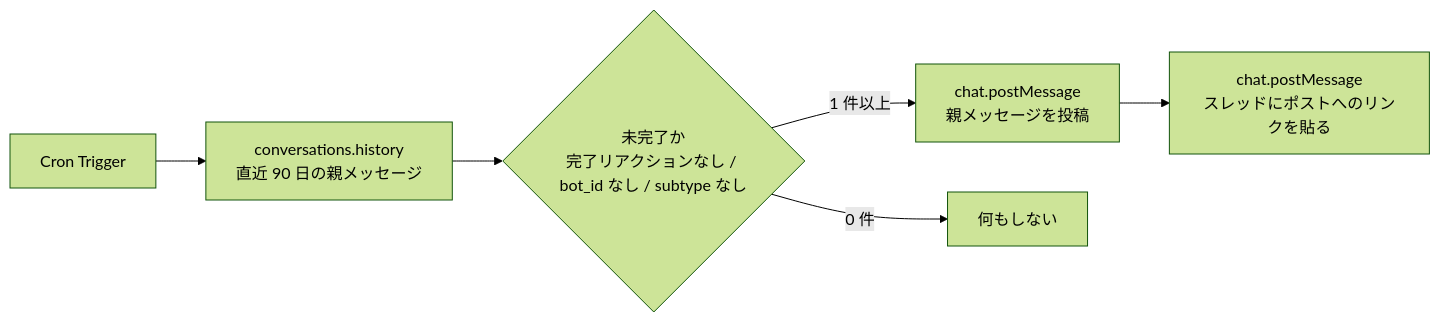
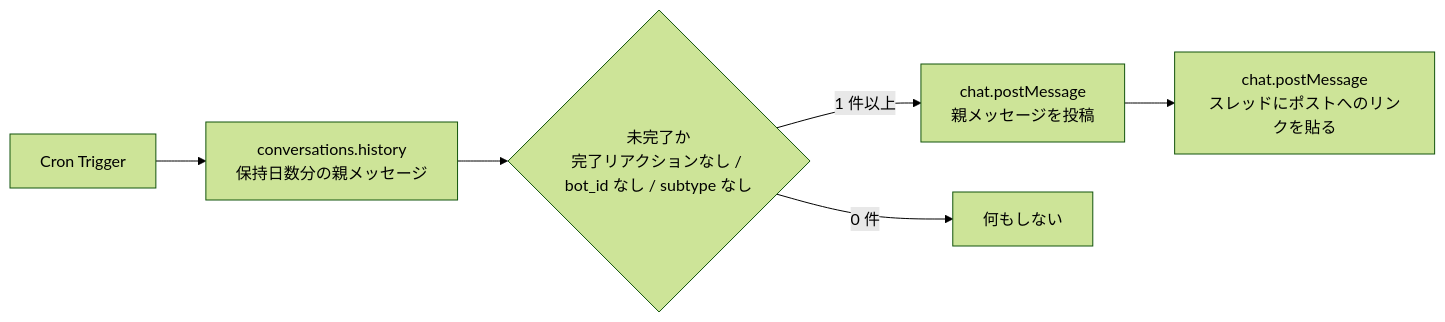
One commit to Asuforce/nostos changed the diagram in README.md. Above: the diagram before and after it, drawn with Mermaid (forest theme). The commit also changed other lines of this file, not shown here.

````diff
--- a/README.md
+++ b/README.md
@@ -9,7 +9,7 @@
 ```mermaid
 flowchart LR
-    A["Cron Trigger"] --> B["conversations.history<br/>直近 90 日の親メッセージ"]
+    A["Cron Trigger"] --> B["conversations.history<br/>保持日数分の親メッセージ"]
     B --> C{"未完了か<br/>完了リアクションなし / bot_id なし / subtype なし"}
     C -->|1 件以上| D["chat.postMessage<br/>親メッセージを投稿"] --> F["chat.postMessage<br/>スレッドにポストへのリンクを貼る"]
     C -->|0 件| E["何もしない"]
 ```
````
